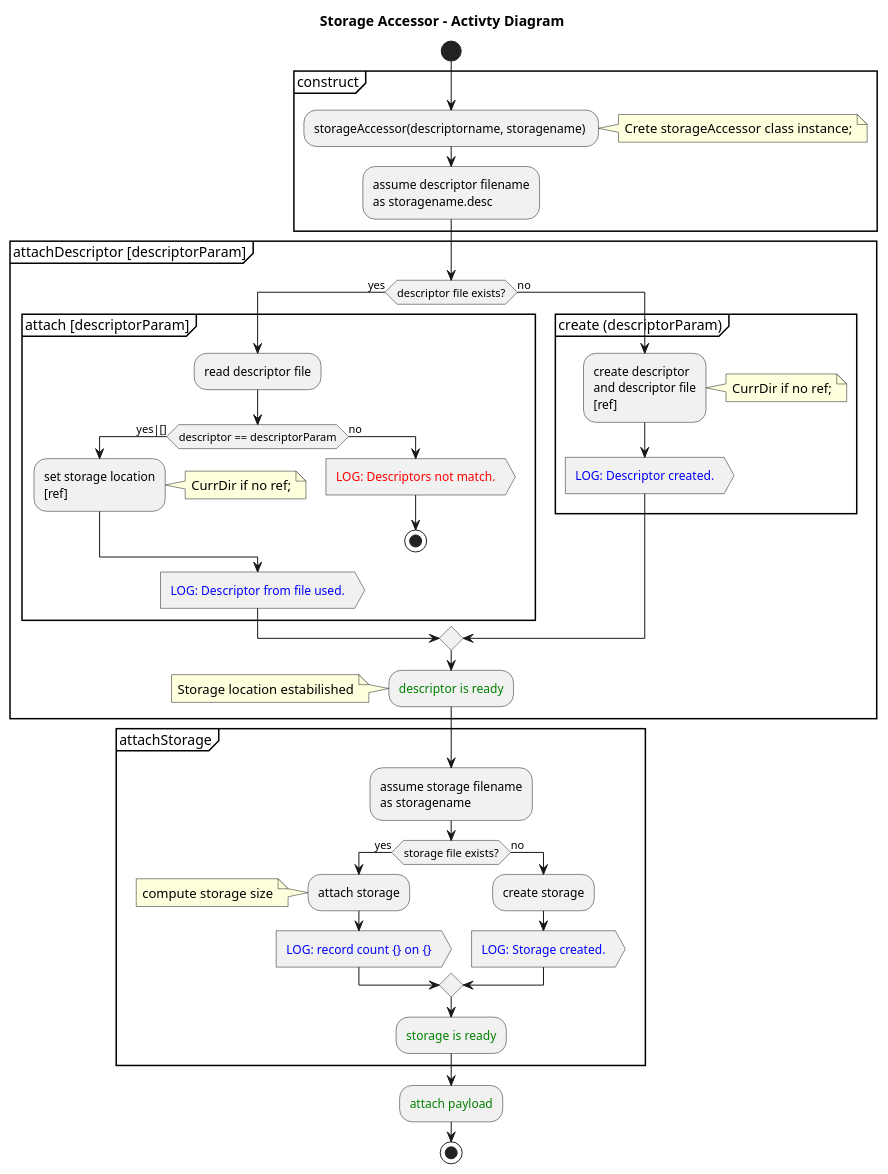
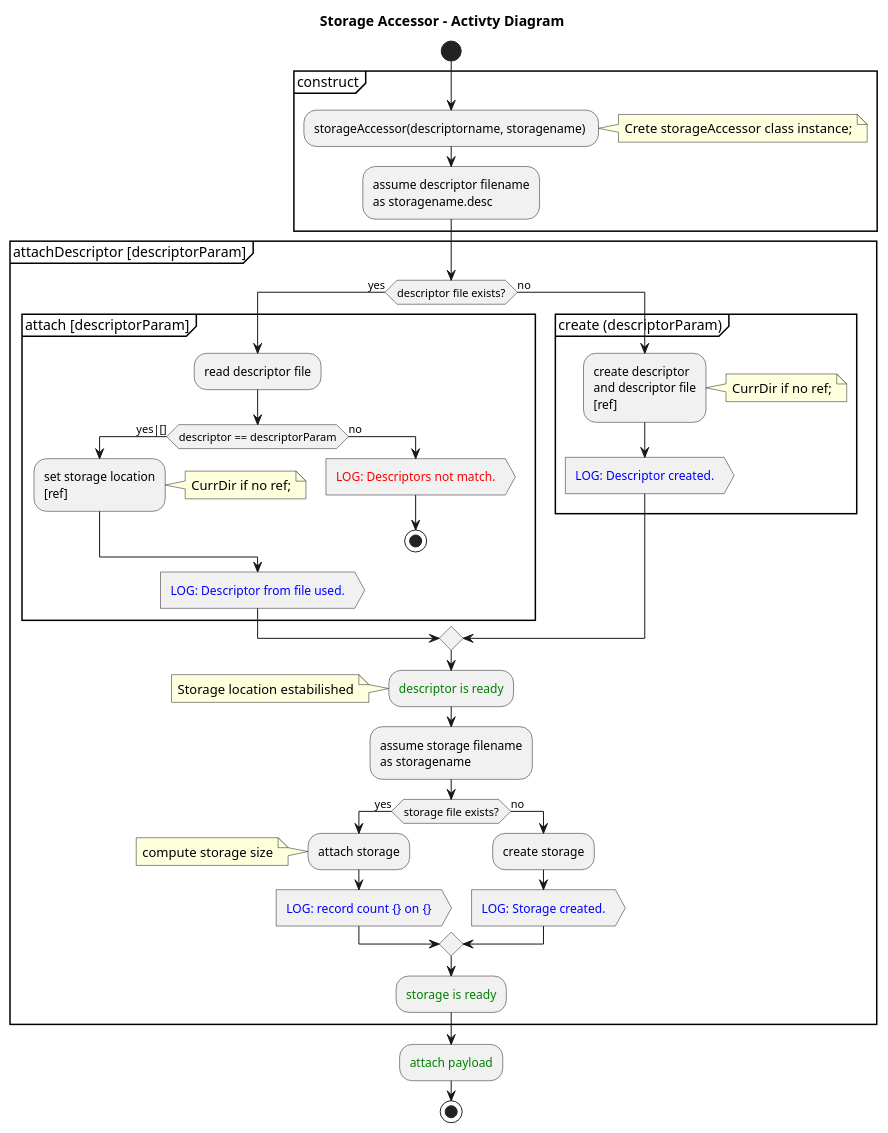
One commit to michalwidera/retractordb changed the diagram in src/rdb/UML/rdb-storageaccessor.puml. Above: the diagram before and after it, drawn with PlantUML. The commit also changed 8 other files, not shown here.

```diff
--- a/src/rdb/UML/rdb-storageaccessor.puml
+++ b/src/rdb/UML/rdb-storageaccessor.puml
@@ -1,67 +1,66 @@
 @startuml
 
 /' To preview in VSCode: Alt-D '/
 
 title Storage Accessor - Activty Diagram
 
 start
 
 partition "construct" {
 :storageAccessor(descriptorname, storagename) ;
 note right: Crete storageAccessor class instance;
 
 :assume descriptor filename
 as storagename.desc;
 }
 
 partition "attachDescriptor [descriptorParam]" {
 if (descriptor file exists?) then (yes)
 	partition "attach [descriptorParam]" {
   :read descriptor file;
   if (descriptor == descriptorParam) then (yes|[])
     :set storage location
     [ref];
     note right: CurrDir if no ref;
   else (no)
     :<color:red>LOG: Descriptors not match.>
     stop
   endif
   :<color blue>LOG: Descriptor from file used.>
   }
 else (no)
 	partition "create (descriptorParam)" {
 	  :create descriptor
 	  and descriptor file
 	  [ref];
 	  note right: CurrDir if no ref;
 	  :<color blue>LOG: Descriptor created.>
 	}
 endif
 
 :<color:green>descriptor is ready;
 
 note left: Storage location estabilished
-}
-
-partition "attachStorage" {
 
 :assume storage filename
 as storagename;
 
 if (storage file exists?) then (yes)
   :attach storage;
   note left: compute storage size
   :<color blue>LOG: record count {} on {}>
 else (no)
   :create storage;
   :<color blue>LOG: Storage created.>
 endif
 
 :<color:green>storage is ready;
+
 }
+
 
 :<color:green>attach payload;
 
 stop
 
 @enduml
```
